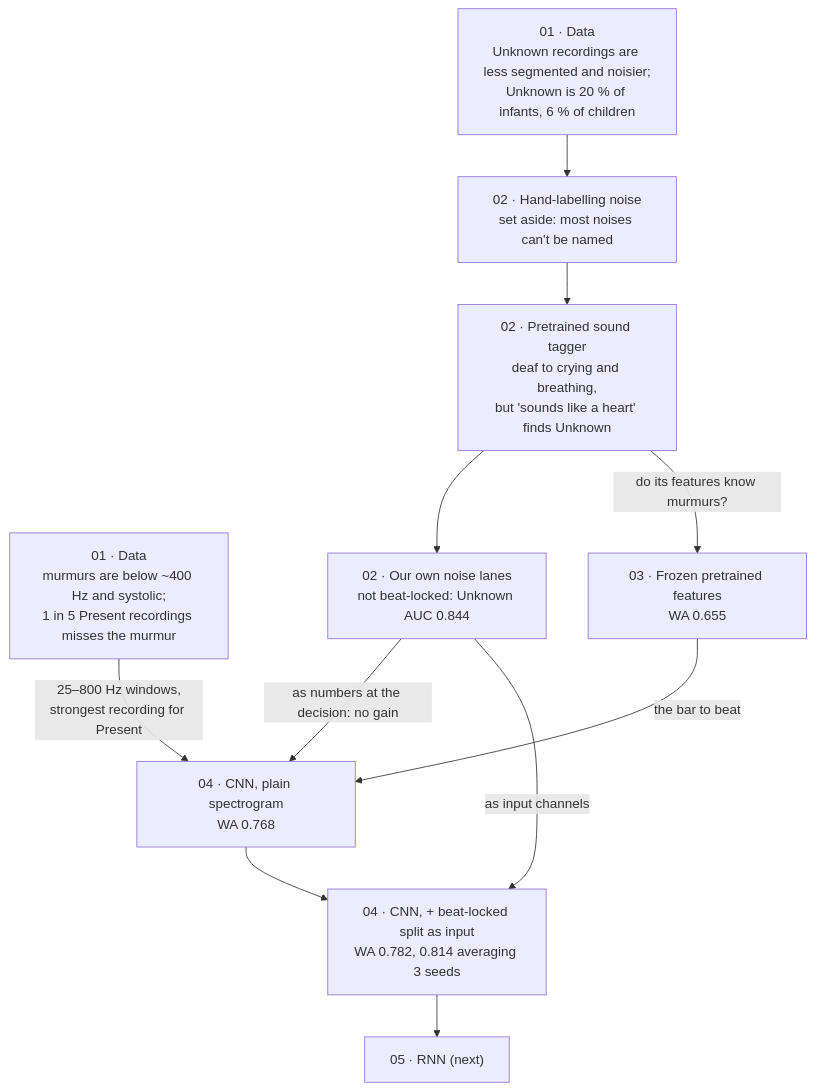
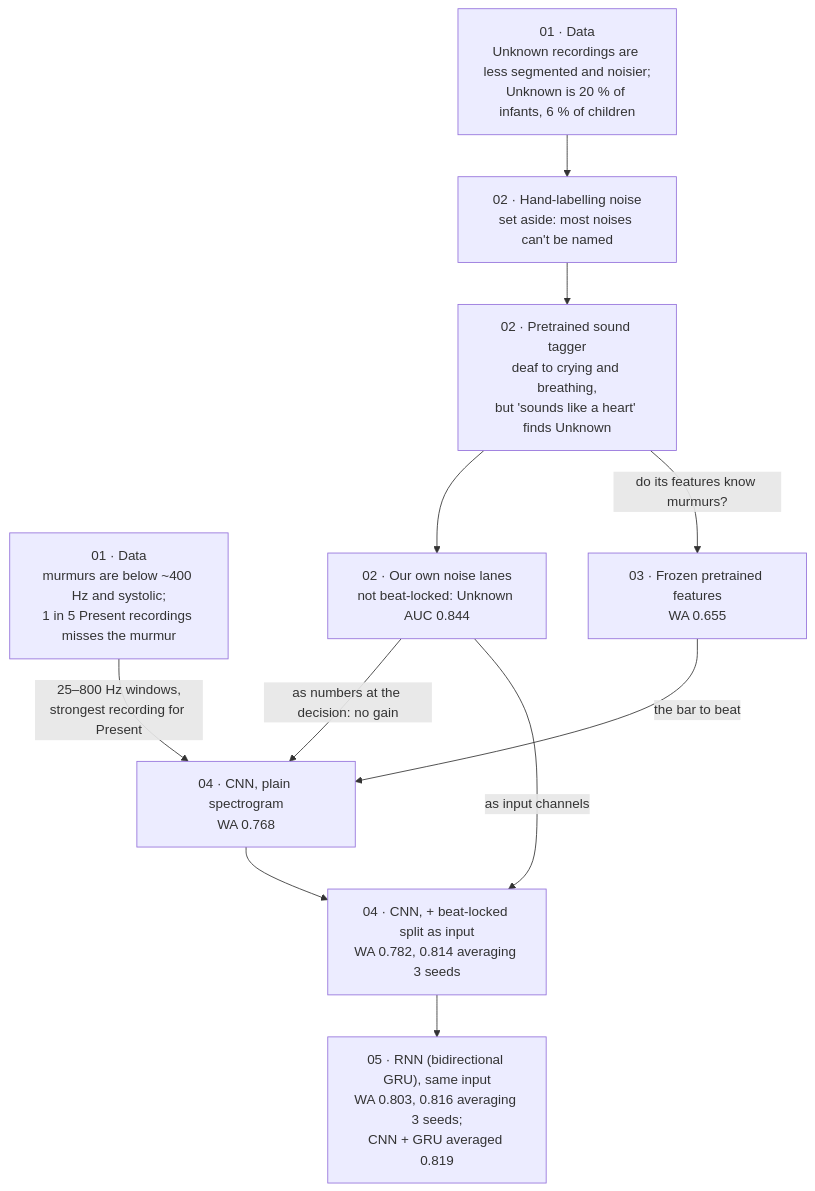
The diagram in README.md (AndreXie05/HeartMurmurDetection), drawn with Mermaid before and after one commit. The commit also changed other lines of this file and 37 other files, not shown here.

First line of the commit message:
Resultados da RNN: GRU treinada nos 5 folds × 3 seeds, notebook 05 executado

````diff
--- a/README.md
+++ b/README.md
@@ -63,19 +63,19 @@
 ```mermaid
 flowchart TD
     D["01 · Data<br/>Unknown recordings are less segmented and noisier;<br/>Unknown is 20 % of infants, 6 % of children"]
     M["01 · Data<br/>murmurs are below ~400 Hz and systolic;<br/>1 in 5 Present recordings misses the murmur"]
     H["02 · Hand-labelling noise<br/>set aside: most noises can't be named"]
     T["02 · Pretrained sound tagger<br/>deaf to crying and breathing,<br/>but 'sounds like a heart' finds Unknown"]
     L["02 · Our own noise lanes<br/>not beat-locked: Unknown AUC 0.844"]
     P["03 · Frozen pretrained features<br/>WA 0.655"]
     C["04 · CNN, plain spectrogram<br/>WA 0.768"]
     C3["04 · CNN, + beat-locked split as input<br/>WA 0.782, 0.814 averaging 3 seeds"]
-    R["05 · RNN (next)"]
+    R["05 · RNN (bidirectional GRU), same input<br/>WA 0.803, 0.816 averaging 3 seeds;<br/>CNN + GRU averaged 0.819"]
     D --> H --> T --> L
     T -->|"do its features know murmurs?"| P
     M -->|"25–800 Hz windows,<br/>strongest recording for Present"| C
     P -->|"the bar to beat"| C
     L -->|"as numbers at the decision: no gain"| C
     L -->|"as input channels"| C3
     C --> C3 --> R
 ```
````
